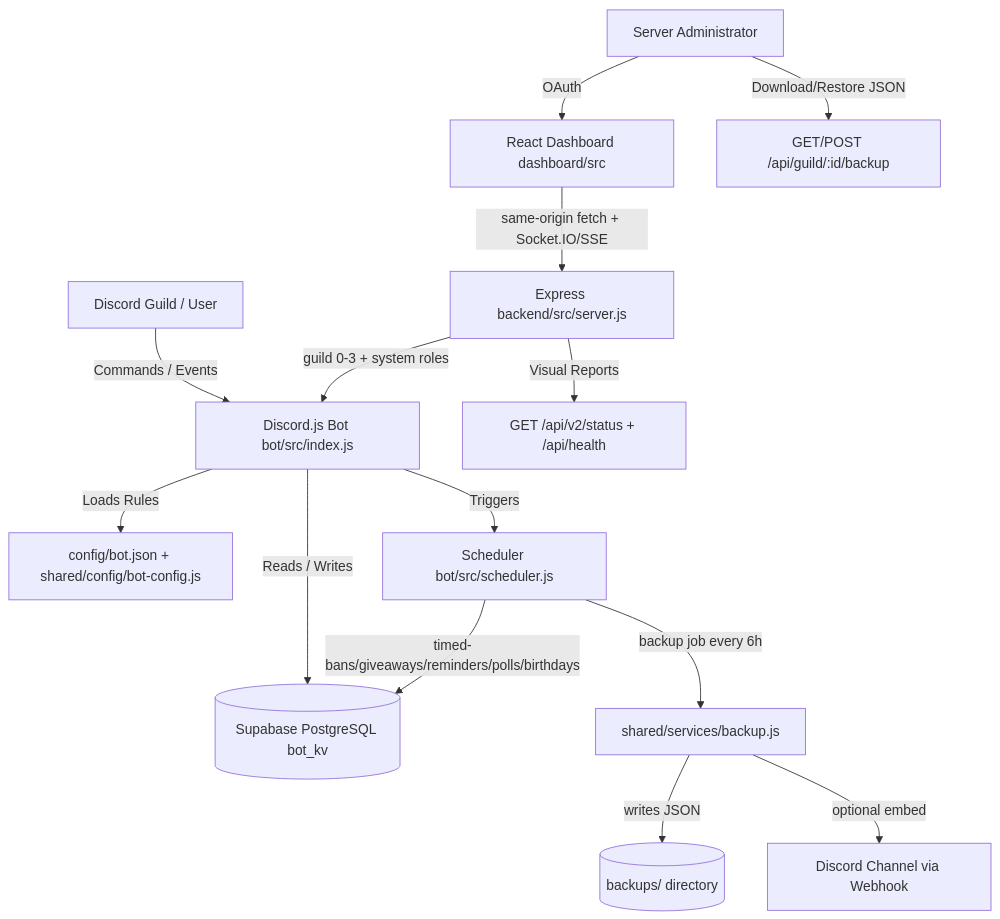
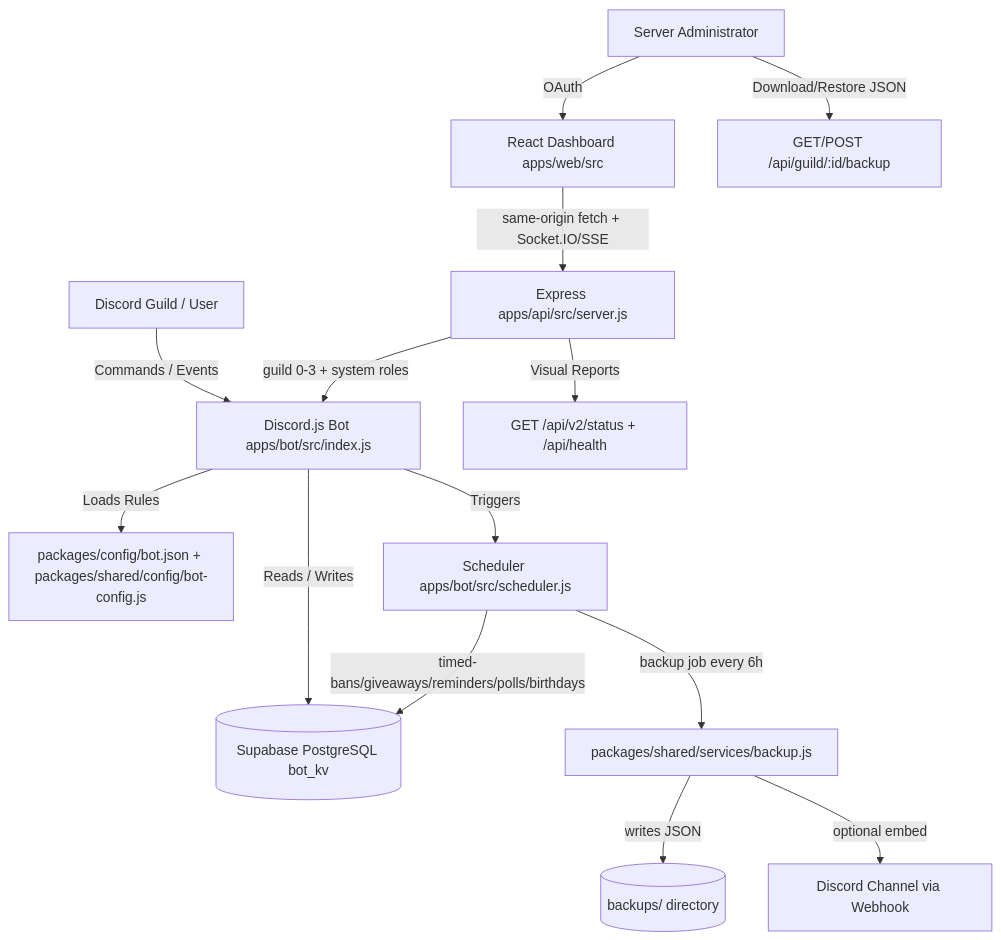
Before and after one commit to EhabYT/Discord-v1: the diagram in README.md, drawn with Mermaid. The commit also changed other lines of this file and 469 other files, not shown here.

First line of the commit message:
Migrate to apps/packages monorepo and fix post-move breakage

````diff
--- a/README.md
+++ b/README.md
@@ -31,16 +31,16 @@
 ```mermaid
 graph TD
-    Client[Discord Guild / User] -->|Commands / Events| Bot[Discord.js Bot bot/src/index.js]
+    Client[Discord Guild / User] -->|Commands / Events| Bot[Discord.js Bot apps/bot/src/index.js]
     Bot -->|Reads / Writes| PG[(Supabase PostgreSQL bot_kv)]
-    Bot -->|Loads Rules| Config[config/bot.json + shared/config/bot-config.js]
-    Bot -->|Triggers| Sched[Scheduler bot/src/scheduler.js]
+    Bot -->|Loads Rules| Config[packages/config/bot.json + packages/shared/config/bot-config.js]
+    Bot -->|Triggers| Sched[Scheduler apps/bot/src/scheduler.js]
     Sched -->|timed-bans/giveaways/reminders/polls/birthdays| PG
-    Sched -->|backup job every 6h| BackupMod[shared/services/backup.js]
+    Sched -->|backup job every 6h| BackupMod[packages/shared/services/backup.js]
     BackupMod -->|writes JSON| Disk[(backups/ directory)]
     BackupMod -->|optional embed| Webhook[Discord Channel via Webhook]
-    Admin[Server Administrator] -->|OAuth| Dash[React Dashboard dashboard/src]
-    Dash -->|same-origin fetch + Socket.IO/SSE| API[Express backend/src/server.js]
+    Admin[Server Administrator] -->|OAuth| Dash[React Dashboard apps/web/src]
+    Dash -->|same-origin fetch + Socket.IO/SSE| API[Express apps/api/src/server.js]
     API -->|guild 0-3 + system roles| Bot
     API -->|Visual Reports| Status[GET /api/v2/status + /api/health]
     Admin -->|Download/Restore JSON| BackupAPI[GET/POST /api/guild/:id/backup]
 ```
````
